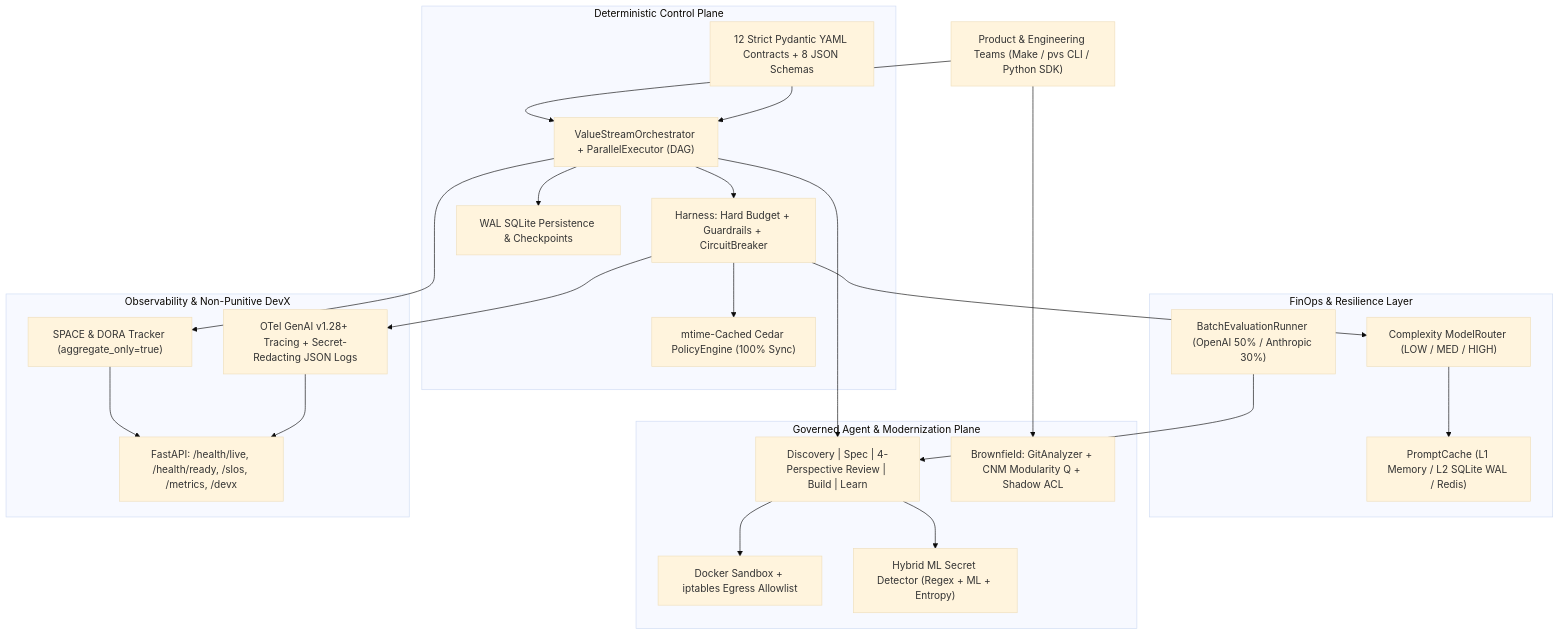
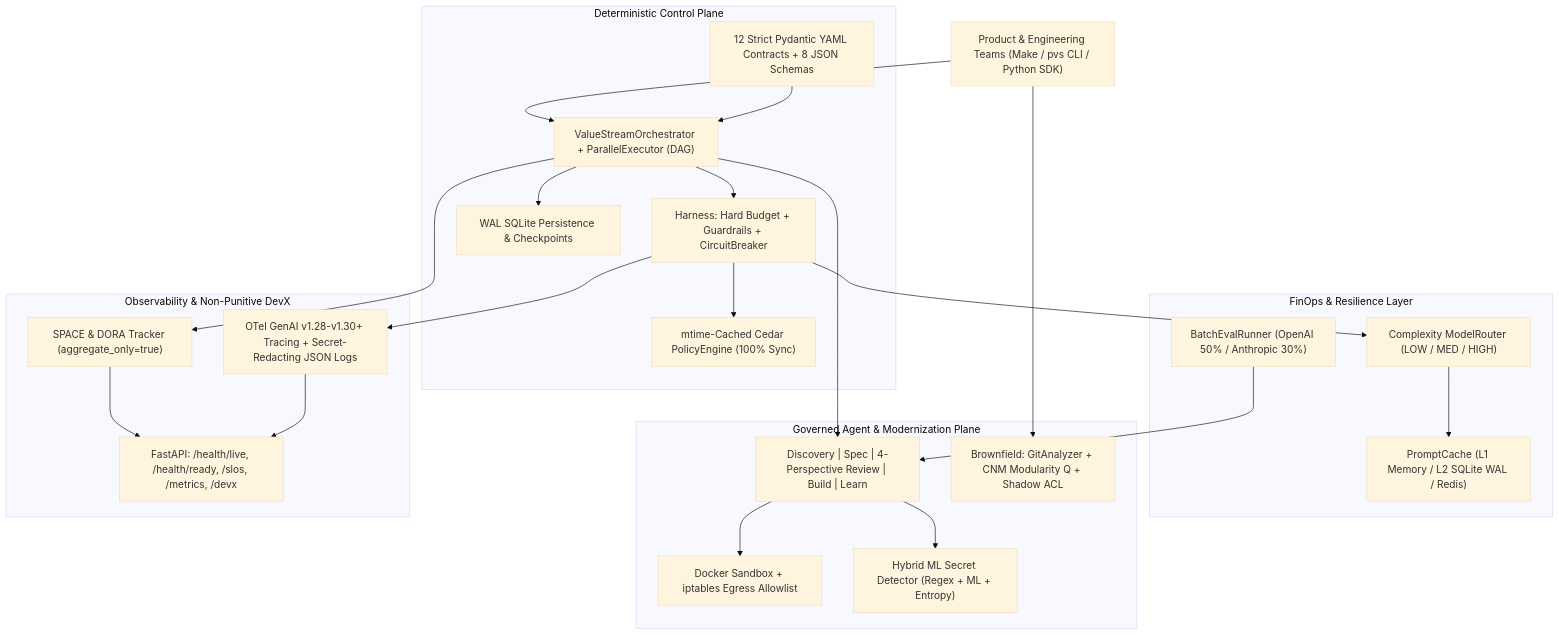
The diagram in README.md (vfcarida/AI-Native-Product-Value-System), drawn with Mermaid (base theme) before and after one commit. The commit also changed other lines of this file and 49 other files, not shown here.

````diff
--- a/README.md
+++ b/README.md
@@ -36,48 +36,48 @@
 ```mermaid
 flowchart TB
     Dev["Product & Engineering Teams (Make / pvs CLI / Python SDK)"]
 
     subgraph Control["Deterministic Control Plane"]
         Orch["ValueStreamOrchestrator + ParallelExecutor (DAG)"]
         Contracts["12 Strict Pydantic YAML Contracts + 8 JSON Schemas"]
         Harness["Harness: Hard Budget + Guardrails + CircuitBreaker"]
         Policy["mtime-Cached Cedar PolicyEngine (100% Sync)"]
         DB["WAL SQLite Persistence & Checkpoints"]
     end
 
     subgraph FinOps["FinOps & Resilience Layer"]
         Router["Complexity ModelRouter (LOW / MED / HIGH)"]
         Cache["PromptCache (L1 Memory / L2 SQLite WAL / Redis)"]
-        Batch["BatchEvaluationRunner (OpenAI 50% / Anthropic 30%)"]
+        Batch["BatchEvalRunner (OpenAI 50% / Anthropic 30%)"]
     end
 
     subgraph Agents["Governed Agent & Modernization Plane"]
         Pipeline["Discovery | Spec | 4-Perspective Review | Build | Learn"]
         Brownfield["Brownfield: GitAnalyzer + CNM Modularity Q + Shadow ACL"]
         Sandbox["Docker Sandbox + iptables Egress Allowlist"]
         Secret["Hybrid ML Secret Detector (Regex + ML + Entropy)"]
     end
 
     subgraph Obs["Observability & Non-Punitive DevX"]
-        OTel["OTel GenAI v1.28+ Tracing + Secret-Redacting JSON Logs"]
+        OTel["OTel GenAI v1.28-v1.30+ Tracing + Secret-Redacting JSON Logs"]
         HTTP["FastAPI: /health/live, /health/ready, /slos, /metrics, /devx"]
         DevX["SPACE & DORA Tracker (aggregate_only=true)"]
     end
 
     Dev --> Orch
     Contracts --> Orch
     Orch --> Harness
     Harness --> Policy
     Harness --> Router
     Router --> Cache
     Orch --> Pipeline
     Orch --> DB
     Pipeline --> Sandbox
     Pipeline --> Secret
     Dev --> Brownfield
     Batch --> Pipeline
     Harness --> OTel
     Orch --> DevX
     DevX --> HTTP
     OTel --> HTTP
 ```
````
